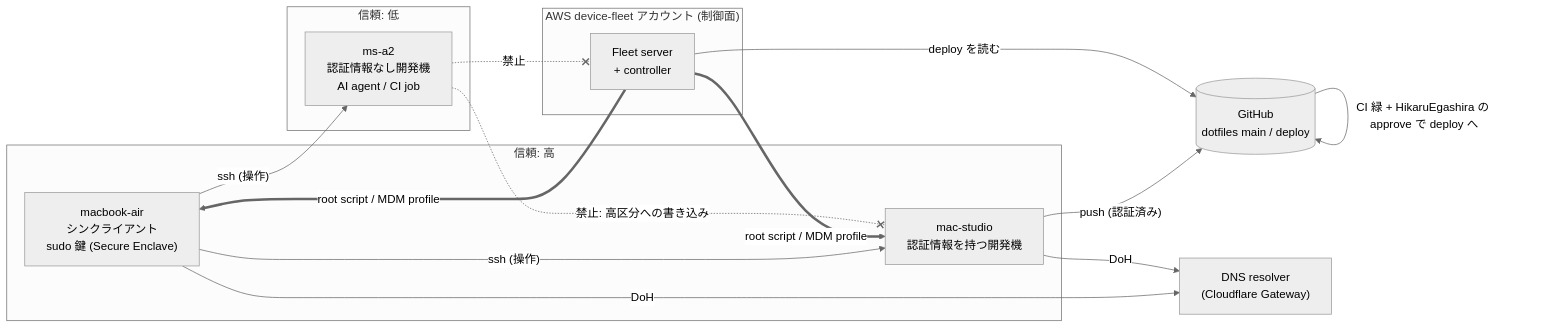
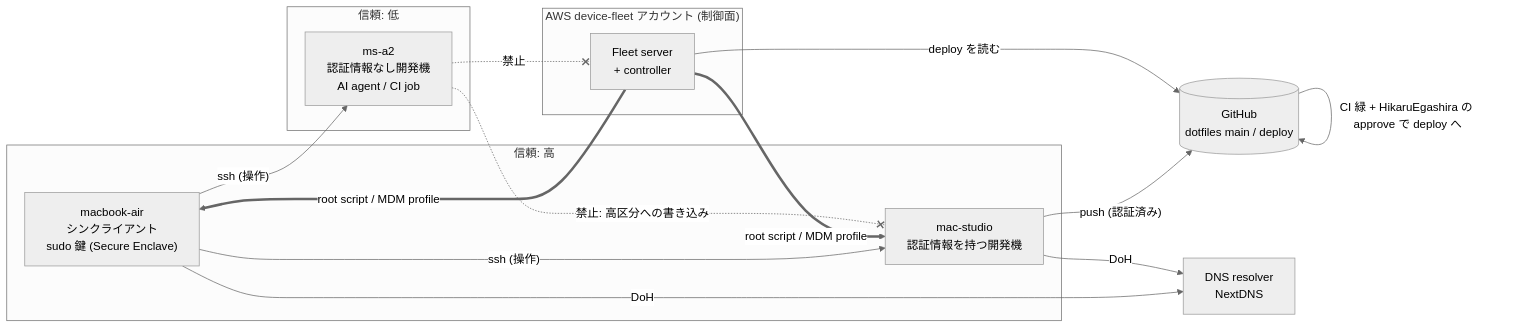
The diagram in docs/security/threat-model.md (HikaruEgashira/dotfiles), drawn with Mermaid (neutral theme) before and after one commit. The commit also changed other lines of this file and 11 other files, not shown here.

````diff
--- a/docs/security/threat-model.md
+++ b/docs/security/threat-model.md
@@ -16,27 +16,27 @@
 ```mermaid
 flowchart LR
   subgraph high["信頼: 高"]
     air["macbook-air<br/>シンクライアント<br/>sudo 鍵 (Secure Enclave)"]
     studio["mac-studio<br/>認証情報を持つ開発機"]
   end
   subgraph cloud["AWS device-fleet アカウント (制御面)"]
     fleet["Fleet server<br/>+ controller"]
   end
   subgraph low["信頼: 低"]
     msa2["ms-a2<br/>認証情報なし開発機<br/>AI agent / CI job"]
   end
   gh[("GitHub<br/>dotfiles main / deploy")]
-  dns["DNS resolver<br/>(Cloudflare Gateway)"]
+  dns["DNS resolver<br/>NextDNS"]
 
   air -- "ssh (操作)" --> studio
   air -- "ssh (操作)" --> msa2
   studio -- "push (認証済み)" --> gh
   gh -- "CI 緑 + HikaruEgashira の approve で deploy へ" --> gh
   fleet -- "deploy を読む" --> gh
   fleet == "root script / MDM profile" ==> air
   fleet == "root script / MDM profile" ==> studio
   air -- "DoH" --> dns
   studio -- "DoH" --> dns
   msa2 -. "禁止: 高区分への書き込み" .-x studio
   msa2 -. "禁止" .-x fleet
 ```
````
